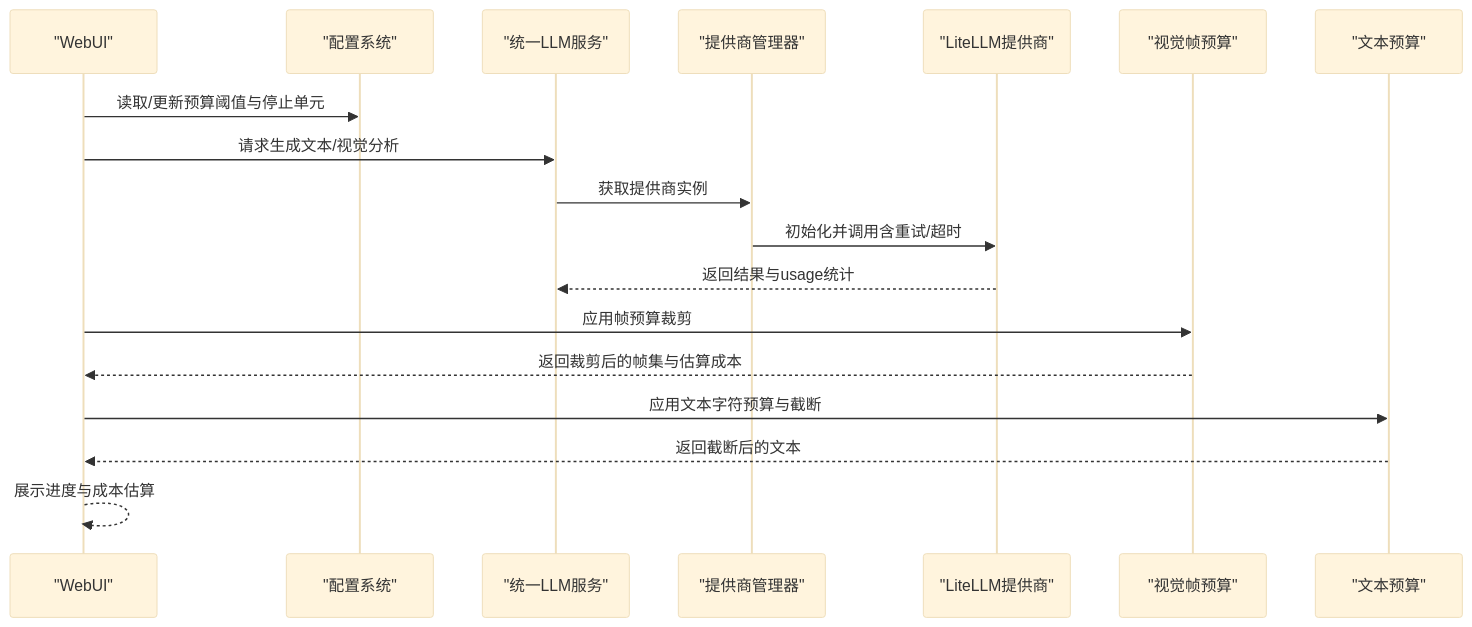
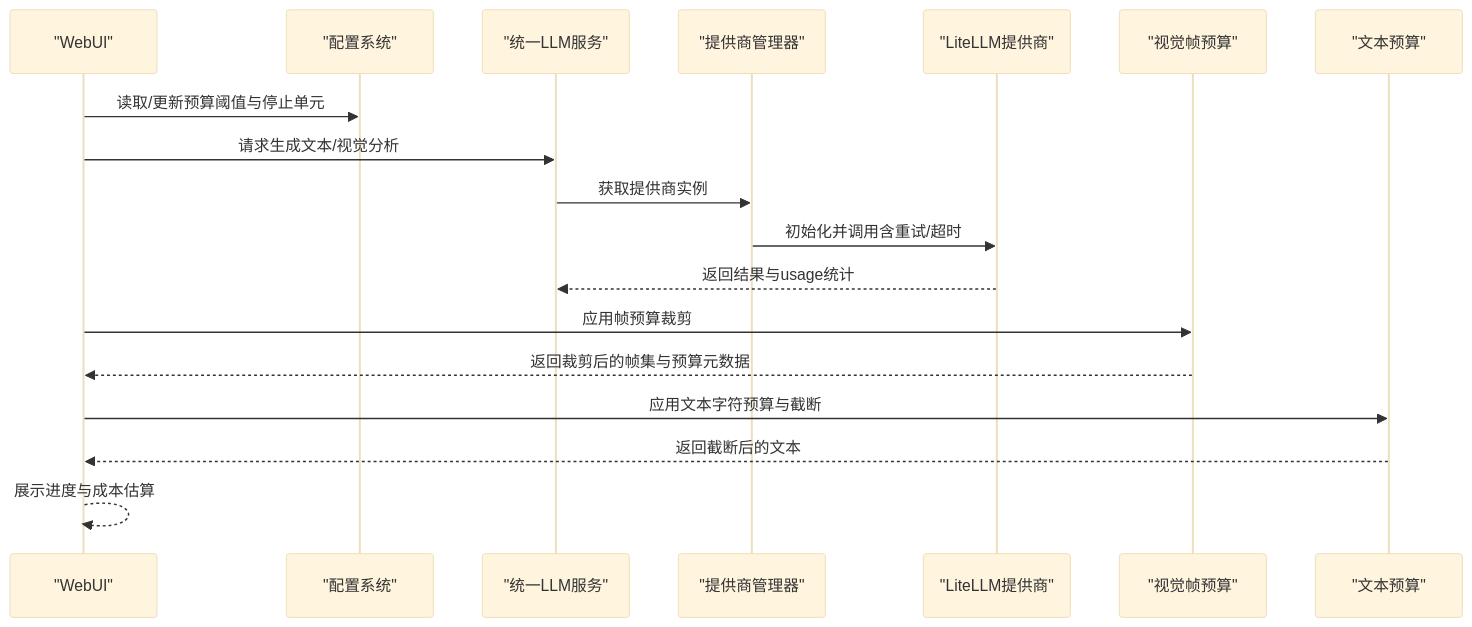
Before and after one commit to wowoduang/AIVideoClaude: the second of 6 diagrams in .qoder/repowiki/zh/content/API参考/成本控制API.md, drawn with Mermaid (base theme). The commit also changed other lines of this file and 26 other files, not shown here.

````diff
--- a/.qoder/repowiki/zh/content/API参考/成本控制API.md
+++ b/.qoder/repowiki/zh/content/API参考/成本控制API.md
@@ -120,20 +137,20 @@
 ```mermaid
 sequenceDiagram
 participant UI as "WebUI"
 participant CFG as "配置系统"
 participant SVC as "统一LLM服务"
 participant MGR as "提供商管理器"
 participant LIT as "LiteLLM提供商"
 participant CG as "视觉帧预算"
 participant TL as "文本预算"
 UI->>CFG : 读取/更新预算阈值与停止单元
 UI->>SVC : 请求生成文本/视觉分析
 SVC->>MGR : 获取提供商实例
 MGR->>LIT : 初始化并调用含重试/超时
 LIT-->>SVC : 返回结果与usage统计
 UI->>CG : 应用帧预算裁剪
-CG-->>UI : 返回裁剪后的帧集与估算成本
+CG-->>UI : 返回裁剪后的帧集与预算元数据
 UI->>TL : 应用文本字符预算与截断
 TL-->>UI : 返回截断后的文本
 UI-->>UI : 展示进度与成本估算
 ```
````
